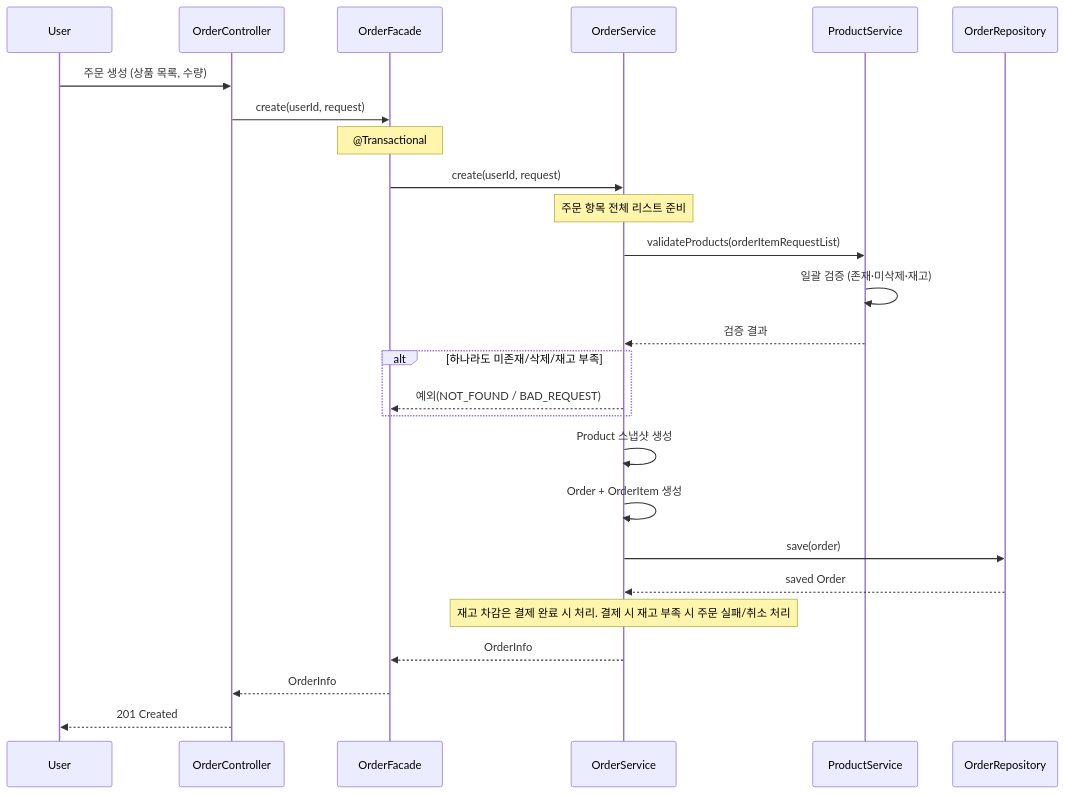
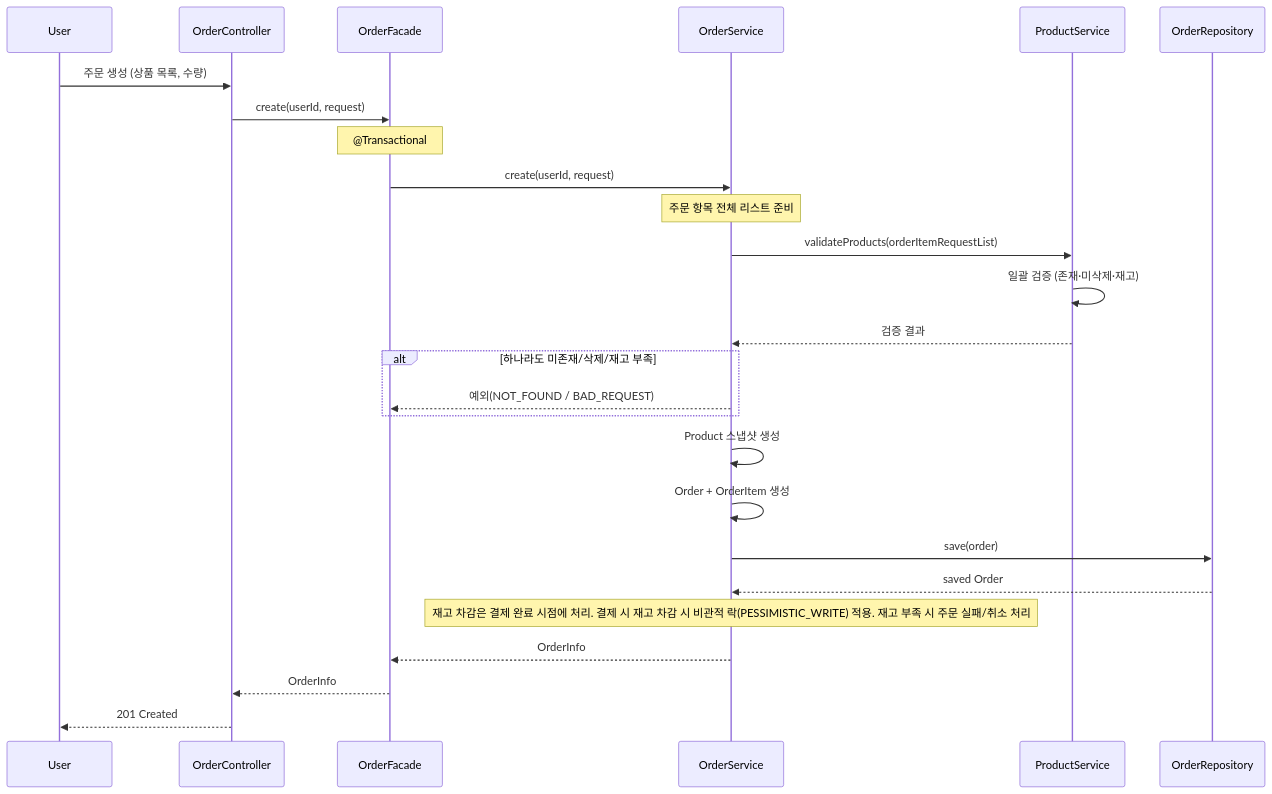
Before and after one commit to Loopers-dev-lab/loop-pack-be-l2-vol3-java: the fifth of 6 diagrams in .docs/design/02-sequence-diagrams.md, drawn with Mermaid. The commit also changed other lines of this file and 2 other files, not shown here.

Commit message:
docs: 요구사항·시퀀스·클래스다이어그램 보완
- 01-requirements: 재고 차감 시점을 시퀀스 다이어그램에 맞게 "결제 완료 시점"으로 정리. 동시성 보장 문구에 비관적 락 명시. 주문 상태 정책(4.5)에 취소 가능 조건 및 04-erd 참조 추가.
- 02-sequence: 주문 생성(§5) Note에 결제 시 재고 차감·비관적 락(PESSIMISTIC_WRITE) 적용 명시. 주문 취소(§6) 시 재고 복구 시 비관적 락 적용 Note 추가.
- 03-class: ProductRepository에 findByIdAndNotDeleted(Long) 추가. 해석에 findById vs findByIdAndNotDeleted 용도 설명 보강.

````diff
--- a/.docs/design/02-sequence-diagrams.md
+++ b/.docs/design/02-sequence-diagrams.md
@@ -222,31 +222,31 @@
 ```mermaid
 sequenceDiagram
     participant User
     participant OrderController
     participant OrderFacade
     participant OrderService
     participant ProductService
     participant OrderRepository
 
     User->>OrderController: 주문 생성 (상품 목록, 수량)
     OrderController->>OrderFacade: create(userId, request)
     Note over OrderFacade: @Transactional
     OrderFacade->>OrderService: create(userId, request)
 
     Note over OrderService: 주문 항목 전체 리스트 준비
     OrderService->>ProductService: validateProducts(orderItemRequestList)
     ProductService->>ProductService: 일괄 검증 (존재·미삭제·재고)
     ProductService-->>OrderService: 검증 결과
     alt 하나라도 미존재/삭제/재고 부족
         OrderService-->>OrderFacade: 예외(NOT_FOUND / BAD_REQUEST)
     end
 
     OrderService->>OrderService: Product 스냅샷 생성
     OrderService->>OrderService: Order + OrderItem 생성
     OrderService->>OrderRepository: save(order)
     OrderRepository-->>OrderService: saved Order
-    Note over OrderService: 재고 차감은 결제 완료 시 처리. 결제 시 재고 부족 시 주문 실패/취소 처리
+    Note over OrderService: 재고 차감은 결제 완료 시점에 처리. 결제 시 재고 차감 시 비관적 락(PESSIMISTIC_WRITE) 적용. 재고 부족 시 주문 실패/취소 처리
     OrderService-->>OrderFacade: OrderInfo
     OrderFacade-->>OrderController: OrderInfo
     OrderController-->>User: 201 Created
 ```
````
